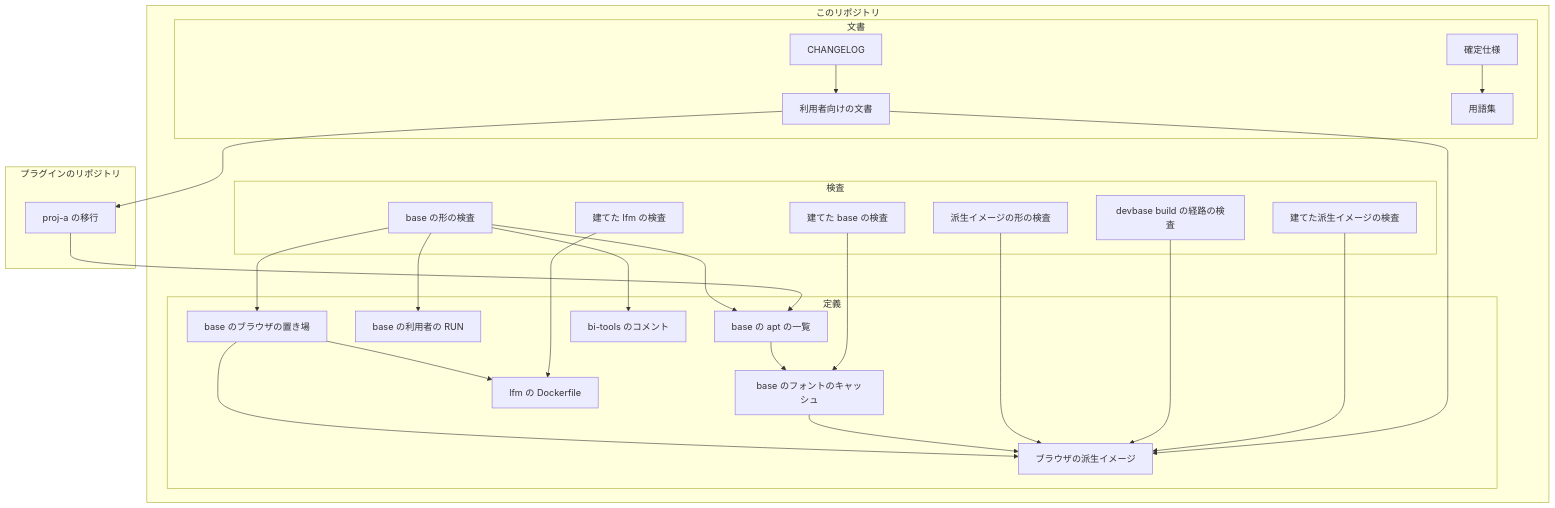
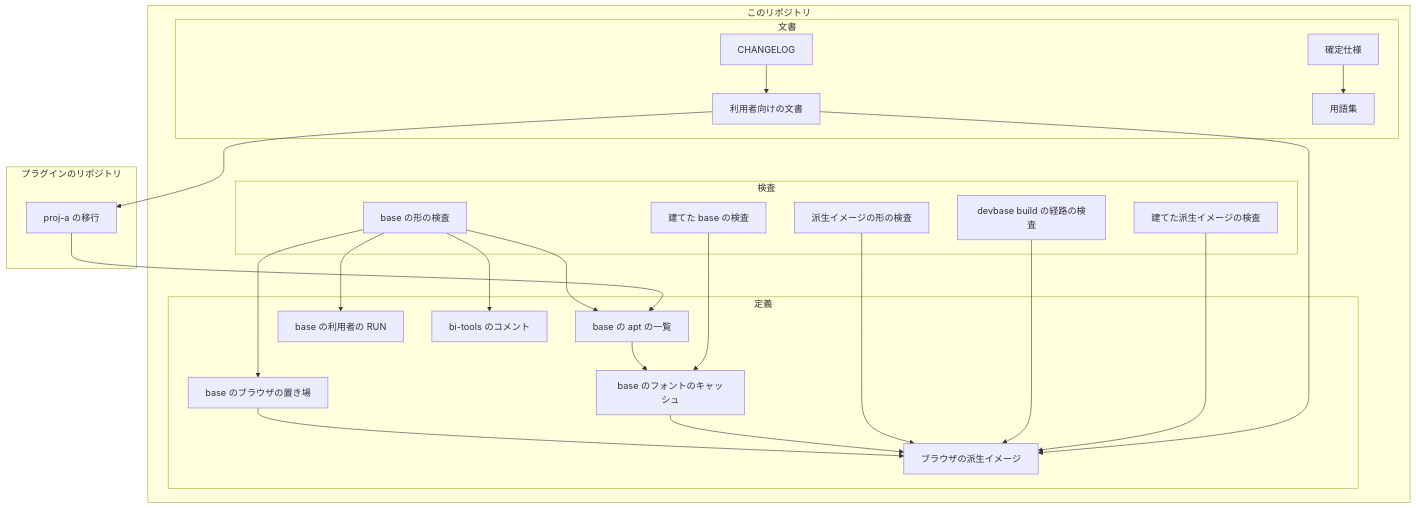
The first of 4 diagrams in issues/issue-402-design.md (devbasex/devbase), drawn with Mermaid before and after one commit. The commit also changed other lines of this file and 3 other files, not shown here.

````diff
--- a/issues/issue-402-design.md
+++ b/issues/issue-402-design.md
@@ -141,49 +144,45 @@
 ```mermaid
 graph TD
     subgraph このリポジトリ
         subgraph 定義
             BaseApt[base の apt の一覧]
             BaseRun[base の利用者の RUN]
             BasePath[base のブラウザの置き場]
             BaseCache[base のフォントのキャッシュ]
             Browser[ブラウザの派生イメージ]
-            Lfm[lfm の Dockerfile]
             BiTools[bi-tools のコメント]
         end
         subgraph 検査
             BaseShape[base の形の検査]
             BrowserShape[派生イメージの形の検査]
             BuildPath[devbase build の経路の検査]
             BaseImg[建てた base の検査]
             BrowserImg[建てた派生イメージの検査]
-            LfmImg[建てた lfm の検査]
         end
         subgraph 文書
             Spec[確定仕様]
             UserDoc[利用者向けの文書]
             Glossary[用語集]
             Changelog[CHANGELOG]
         end
     end
     subgraph プラグインのリポジトリ
         ProjA[proj-a の移行]
     end
     BaseApt --> BaseCache
     BasePath --> Browser
-    BasePath --> Lfm
     BaseCache --> Browser
     BaseShape --> BaseApt
     BaseShape --> BaseRun
     BaseShape --> BasePath
     BaseShape --> BiTools
     BrowserShape --> Browser
     BuildPath --> Browser
     BaseImg --> BaseCache
     BrowserImg --> Browser
-    LfmImg --> Lfm
     UserDoc --> Browser
     UserDoc --> ProjA
     Changelog --> UserDoc
     Spec --> Glossary
     ProjA --> BaseApt
 ```
````
